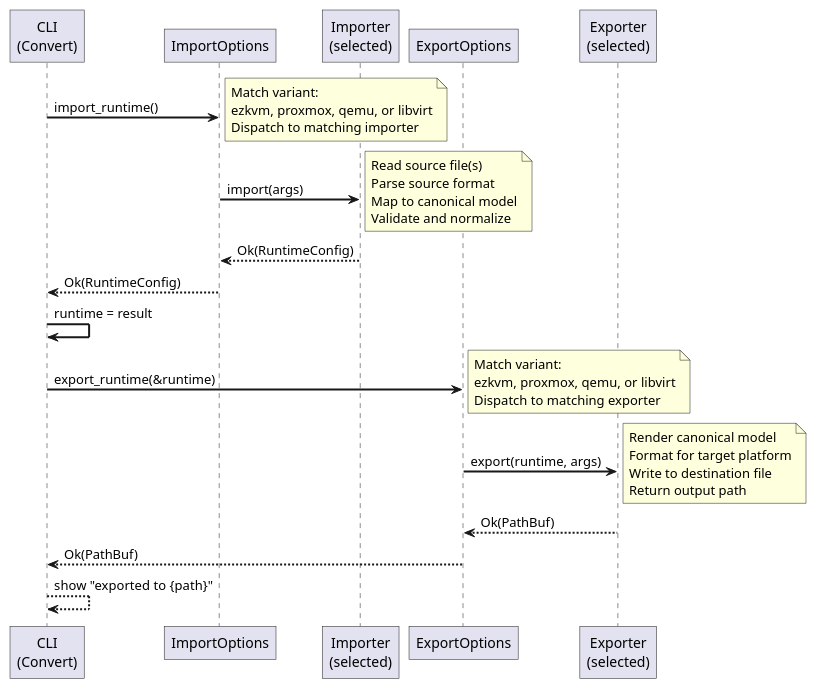
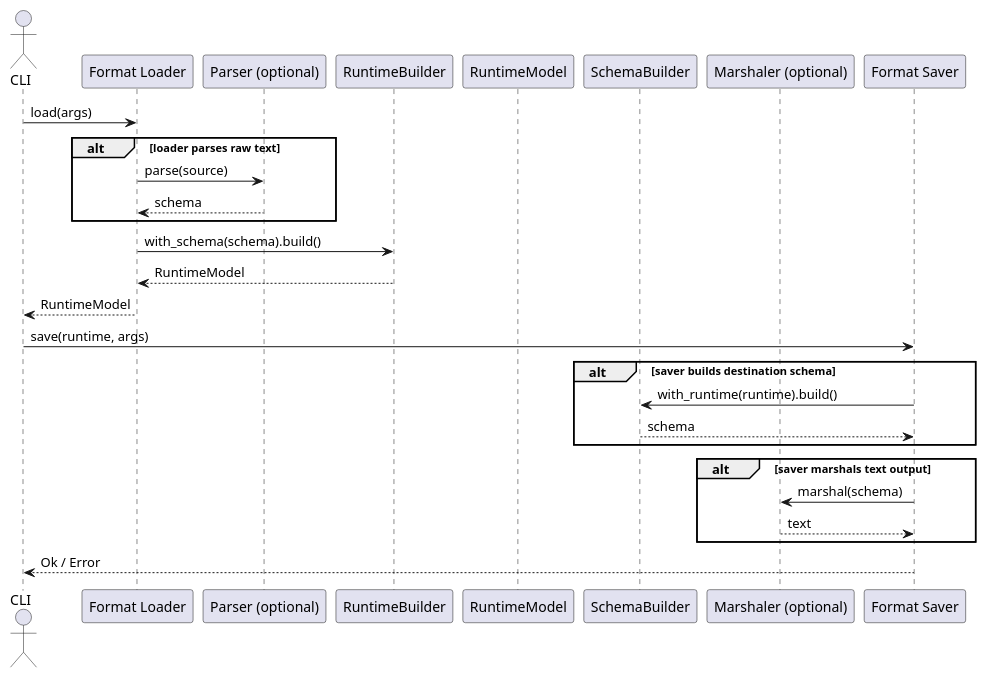
One commit to hurenkam/ezkvm changed the second of 2 diagrams in src/config_format/README.md. Above: the diagram before and after it, drawn with PlantUML. The commit also changed other lines of this file and 31 other files, not shown here.

Commit message:
cleanup config_format

````diff
--- a/src/config_format/README.md
+++ b/src/config_format/README.md
@@ -171,56 +168,32 @@
 ```plantuml
-@startuml Config Format Module – Import/Export Sequence
+@startuml
+actor CLI
+participant "Format Loader" as Loader
+participant "Parser (optional)" as Parser
+participant "RuntimeBuilder" as Builder
+participant "RuntimeModel" as Runtime
+participant "SchemaBuilder" as SBuilder
+participant "Marshaler (optional)" as Marshaler
+participant "Format Saver" as Saver
 
-skinparam shadowing false
-skinparam roundcorner 0
-skinparam sequenceArrowThickness 2
-skinparam sequenceMessageAlign left
+CLI -> Loader : load(args)
+alt loader parses raw text
+  Loader -> Parser : parse(source)
+  Parser --> Loader : schema
+end
+Loader -> Builder : with_schema(schema).build()
+Builder --> Loader : RuntimeModel
+Loader --> CLI : RuntimeModel
 
-participant "CLI\n(Convert)" as cli
-participant "ImportOptions" as import_opts
-participant "Importer\n(selected)" as importer
-participant "ExportOptions" as export_opts
-participant "Exporter\n(selected)" as exporter
-
-cli             ->  import_opts      : import_runtime()
-note right
-  Match variant:
-  ezkvm, proxmox, qemu, or libvirt
-  Dispatch to matching importer
-end note
-
-import_opts     ->  importer         : import(args)
-note right
-  Read source file(s)
-  Parse source format
-  Map to canonical model
-  Validate and normalize
-end note
-
-importer        -->  import_opts     : Ok(RuntimeConfig)
-import_opts     --> cli              : Ok(RuntimeConfig)
-
-cli             ->  cli              : runtime = result
-
-cli             ->  export_opts      : export_runtime(&runtime)
-note right
-  Match variant:
-  ezkvm, proxmox, qemu, or libvirt
-  Dispatch to matching exporter
-end note
-
-export_opts     ->  exporter         : export(runtime, args)
-note right
-  Render canonical model
-  Format for target platform
-  Write to destination file
-  Return output path
-end note
-
-exporter        -->  export_opts     : Ok(PathBuf)
-export_opts     --> cli              : Ok(PathBuf)
-
-cli             --> cli              : show "exported to {path}"
-
+CLI -> Saver : save(runtime, args)
+alt saver builds destination schema
+  Saver -> SBuilder : with_runtime(runtime).build()
+  SBuilder --> Saver : schema
+end
+alt saver marshals text output
+  Saver -> Marshaler : marshal(schema)
+  Marshaler --> Saver : text
+end
+Saver --> CLI : Ok / Error
 @enduml
 ```
````
